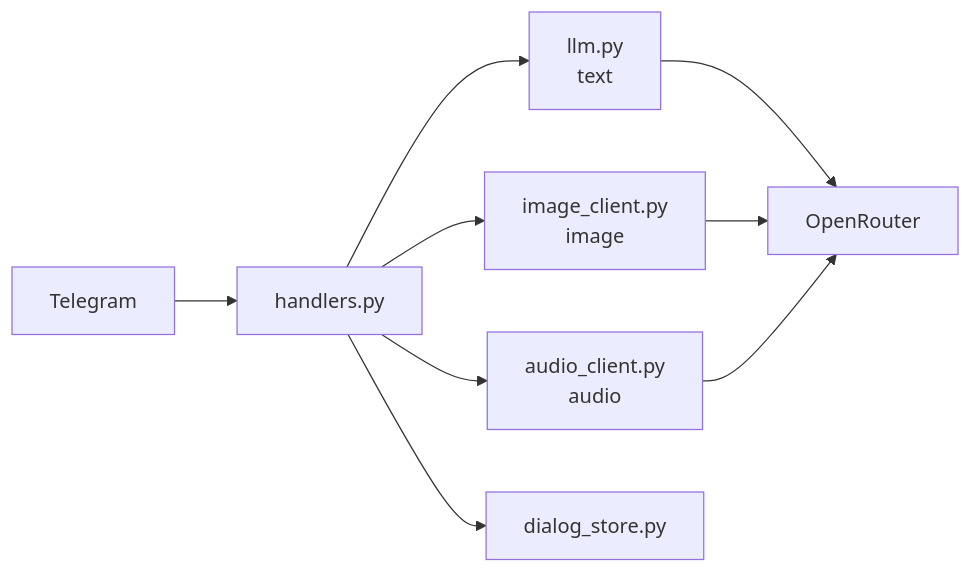
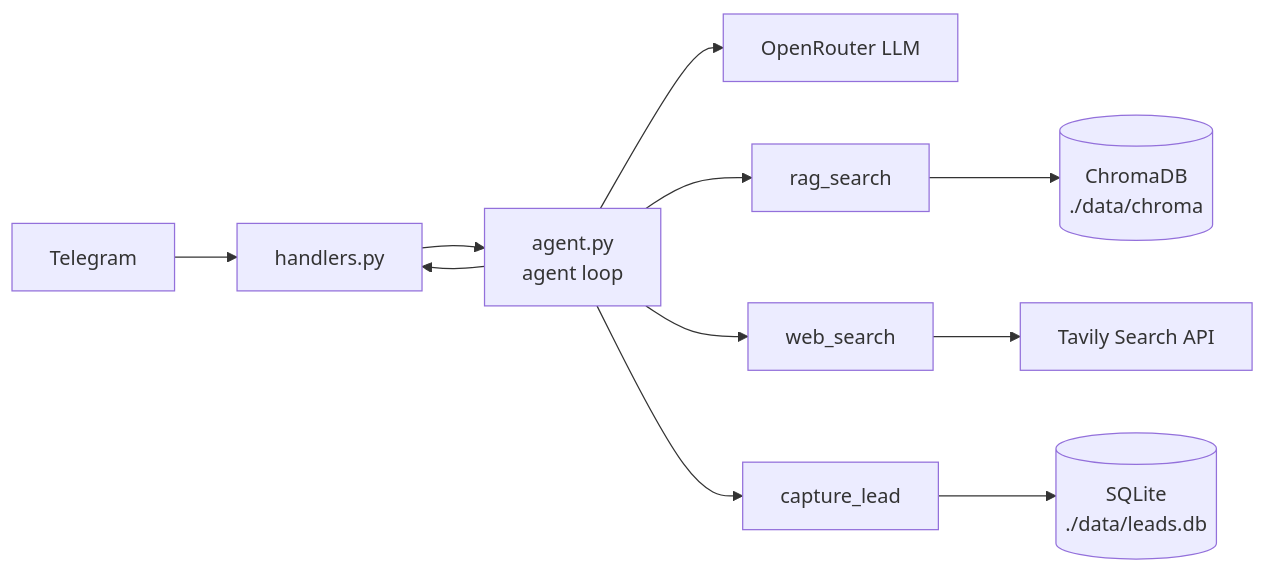
One commit to zatulik2606/aidz1 changed the diagram in vision.md. Above: the diagram before and after it, drawn with Mermaid. The commit also changed other lines of this file, not shown here.

````diff
--- a/vision.md
+++ b/vision.md
@@ -46,11 +59,13 @@
 ```mermaid
 flowchart LR
     TG[Telegram] --> H[handlers.py]
-    H --> T[llm.py\ntext]
-    H --> I[image_client.py\nimage]
-    H --> A[audio_client.py\naudio]
-    T --> OR[OpenRouter]
-    I --> OR
-    A --> OR
-    H --> DS[dialog_store.py]
+    H --> AG[agent.py\nagent loop]
+    AG --> LLM[OpenRouter LLM]
+    AG --> RAG[rag_search]
+    AG --> WEB[web_search]
+    AG --> LEAD[capture_lead]
+    RAG --> CH[(ChromaDB\n./data/chroma)]
+    WEB --> TV[Tavily Search API]
+    LEAD --> DB[(SQLite\n./data/leads.db)]
+    AG --> H
 ```
````
